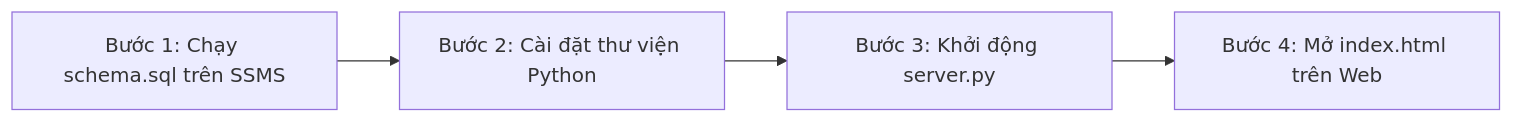
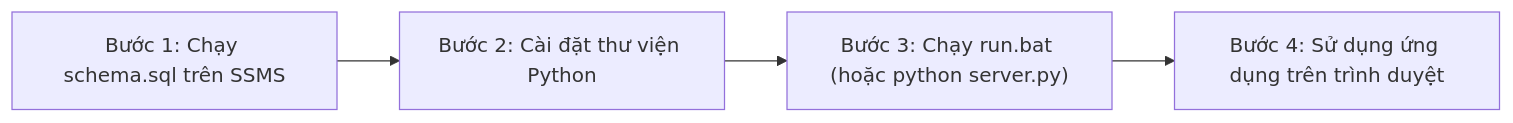
One commit to HoangVanDuyManh/FoodAndHealth changed the diagram in README.md. Above: the diagram before and after it, drawn with Mermaid. The commit also changed other lines of this file and 3 other files, not shown here.

````diff
--- a/README.md
+++ b/README.md
@@ -61,6 +87,6 @@
 ```mermaid
 flowchart LR
     A["Bước 1: Chạy schema.sql trên SSMS"] --> B["Bước 2: Cài đặt thư viện Python"]
-    B --> C["Bước 3: Khởi động server.py"]
-    C --> D["Bước 4: Mở index.html trên Web"]
+    B --> C["Bước 3: Chạy run.bat (hoặc python server.py)"]
+    C --> D["Bước 4: Sử dụng ứng dụng trên trình duyệt"]
 ```
````
